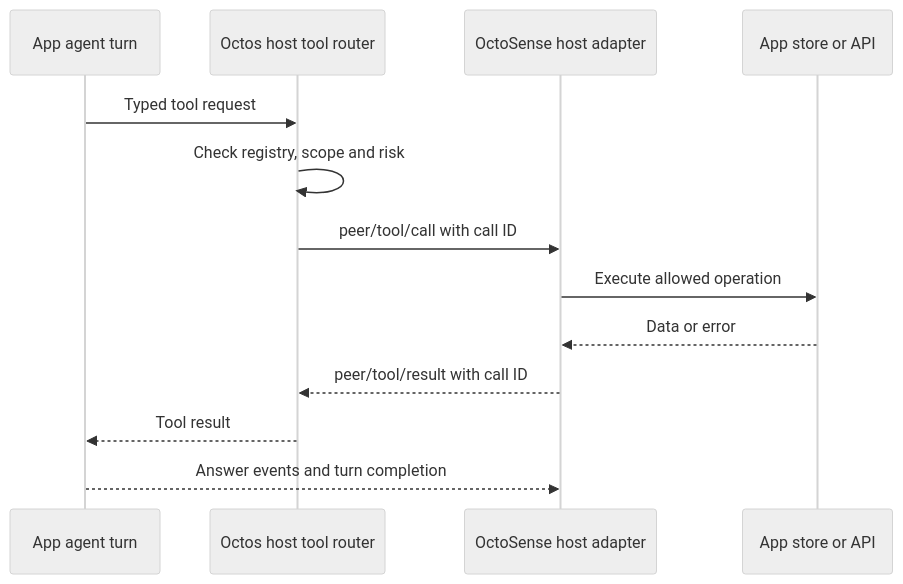
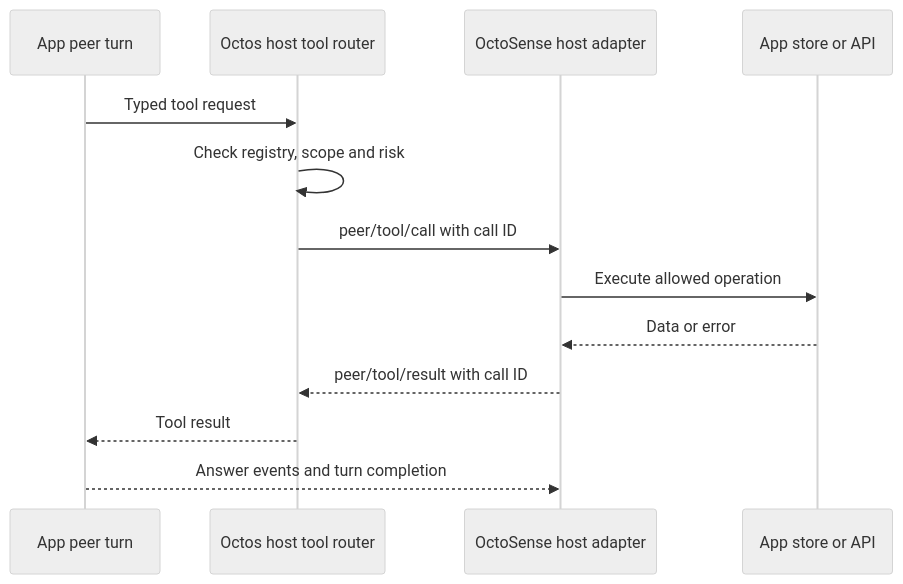
The diagram in docs/octosense-integration-walkthrough.md (octos-org/octos), drawn with Mermaid (neutral theme) before and after one commit. The commit also changed other lines of this file and 3 other files, not shown here.

Commit message:
docs: address architecture review and clarify runtime boundaries

````diff
--- a/docs/octosense-integration-walkthrough.md
+++ b/docs/octosense-integration-walkthrough.md
@@ -85,15 +76,15 @@
 ```mermaid
 sequenceDiagram
-    participant M as App agent turn
+    participant M as App peer turn
     participant K as Octos host tool router
     participant H as OctoSense host adapter
     participant D as App store or API
     M->>K: Typed tool request
     K->>K: Check registry, scope and risk
     K->>H: peer/tool/call with call ID
     H->>D: Execute allowed operation
     D-->>H: Data or error
     H-->>K: peer/tool/result with call ID
     K-->>M: Tool result
     M-->>H: Answer events and turn completion
 ```
````
